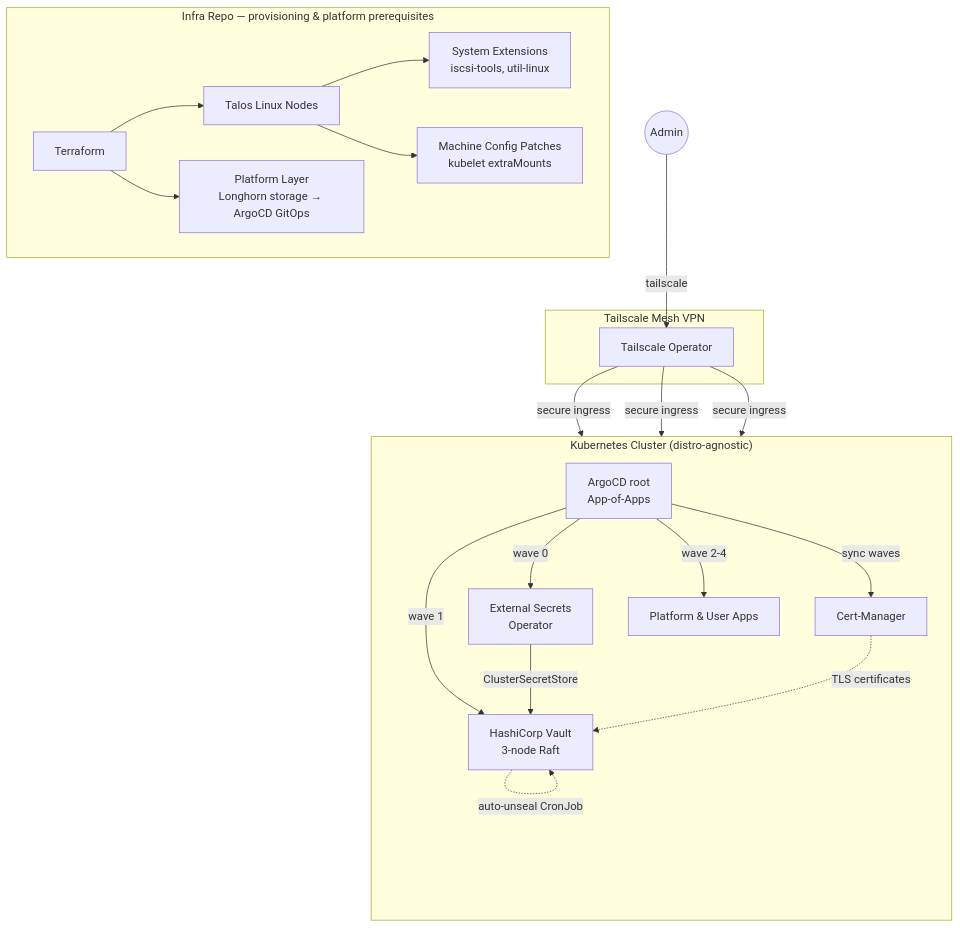
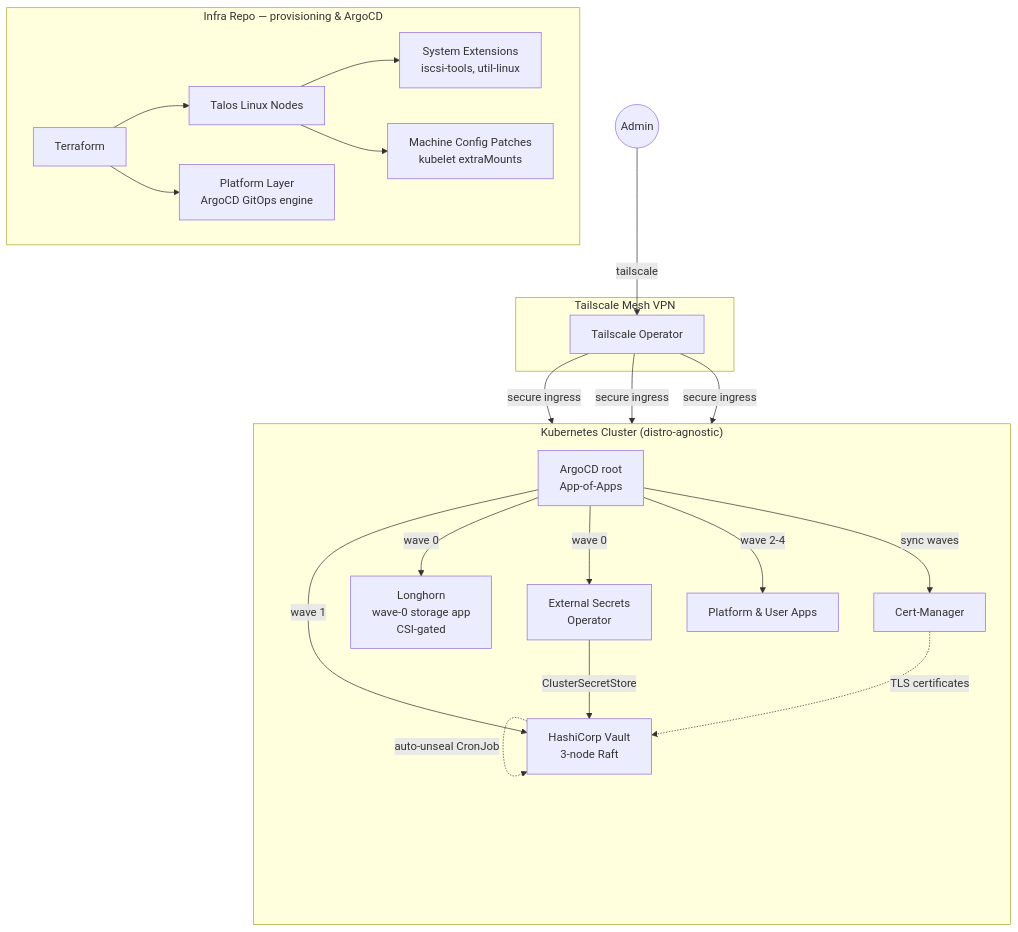
The diagram in README.md (Seom88/secured-gitops-tailscale-homelab), drawn with Mermaid before and after one commit. The commit also changed other lines of this file and 12 other files, not shown here.

Commit message:
feat: move Longhorn back to GitOps repo as a wave-0 app; update documentation and configurations

````diff
--- a/README.md
+++ b/README.md
@@ -22,41 +22,43 @@
 ```mermaid
 graph TD
-    subgraph "Infra Repo — provisioning & platform prerequisites"
+    subgraph "Infra Repo — provisioning & ArgoCD"
         TF[Terraform]
         TALOS[Talos Linux Nodes]
         EXT[System Extensions<br/>iscsi-tools, util-linux]
         PATCH[Machine Config Patches<br/>kubelet extraMounts]
-        PLATFORM[Platform Layer<br/>Longhorn storage → ArgoCD GitOps]
+        PLATFORM[Platform Layer<br/>ArgoCD GitOps engine]
         TF --> TALOS
         TALOS --> EXT
         TALOS --> PATCH
         TF --> PLATFORM
     end
 
     subgraph "Tailscale Mesh VPN"
         TS[Tailscale Operator]
     end
 
     subgraph "Kubernetes Cluster (distro-agnostic)"
         direction TB
         ROOT[ArgoCD root<br/>App-of-Apps]
+        LH[Longhorn<br/>wave-0 storage app<br/>CSI-gated]
         Vault[HashiCorp Vault<br/>3-node Raft]
         ESO[External Secrets<br/>Operator]
         Cert[Cert-Manager]
         Apps[Platform & User Apps]
 
         ROOT -->|sync waves| Cert
+        ROOT -->|wave 0| LH
         ROOT -->|wave 0| ESO
         ROOT -->|wave 1| Vault
         ROOT -->|wave 2-4| Apps
     end
 
     User((Admin)) -->|tailscale| TS
     TS -->|secure ingress| ROOT
     TS -->|secure ingress| Vault
     TS -->|secure ingress| Apps
 
     ESO -->|ClusterSecretStore| Vault
     Vault -.->|auto-unseal CronJob| Vault
     Cert -.->|TLS certificates| Vault
 ```
````
